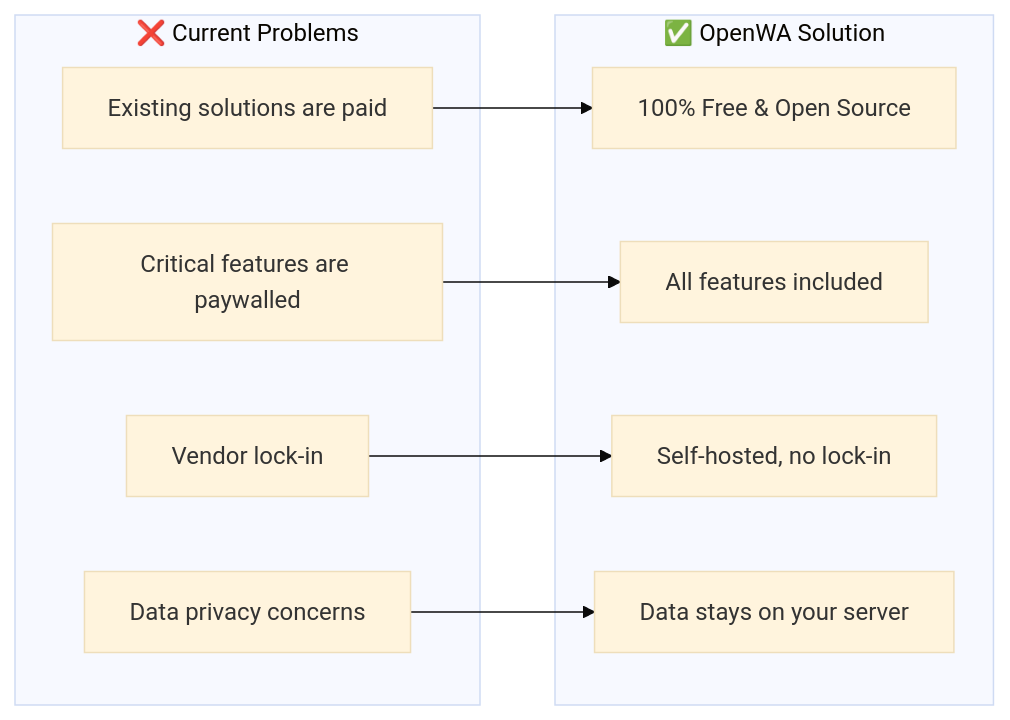
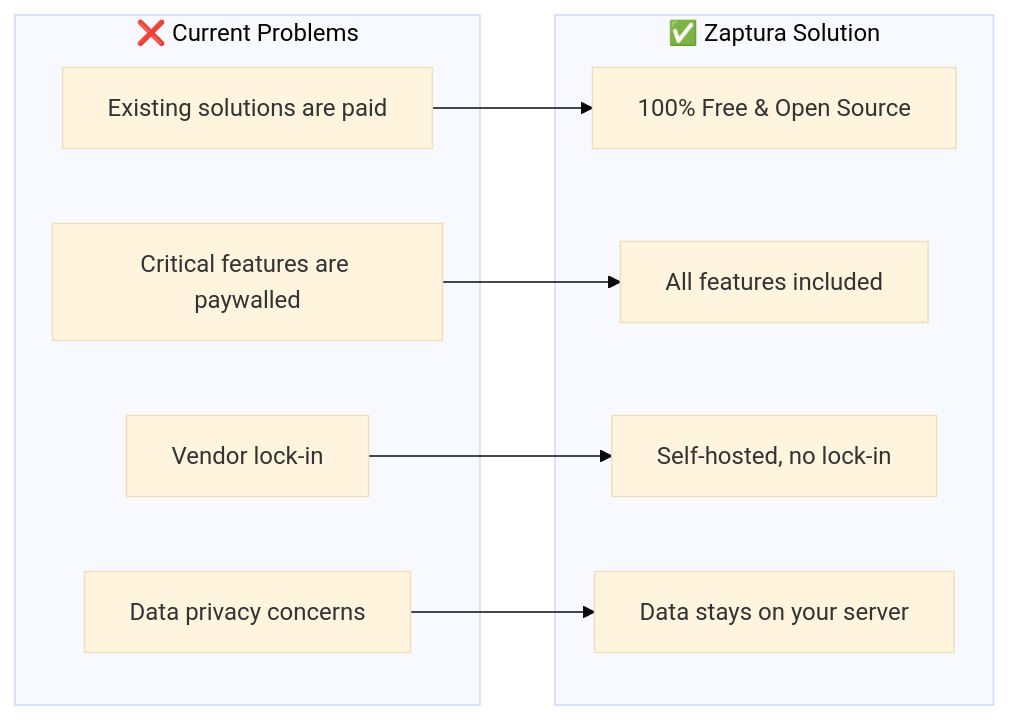
Before and after one commit to AsmSafone/Whatsapp-SaaS: the first of 5 diagrams in docs/01-project-overview.md, drawn with Mermaid (base theme). The commit also changed other lines of this file and 940 other files, not shown here.

````diff
--- a/docs/01-project-overview.md
+++ b/docs/01-project-overview.md
@@ -36,21 +36,21 @@
 ```mermaid
 flowchart LR
     subgraph Problems["❌ Current Problems"]
         P1[Existing solutions are paid]
         P2[Critical features are paywalled]
         P3[Vendor lock-in]
         P4[Data privacy concerns]
     end
 
-    subgraph Solution["✅ OpenWA Solution"]
+    subgraph Solution["✅ Zaptura Solution"]
         S1[100% Free & Open Source]
         S2[All features included]
         S3[Self-hosted, no lock-in]
         S4[Data stays on your server]
     end
 
     P1 --> S1
     P2 --> S2
     P3 --> S3
     P4 --> S4
 ```
````
